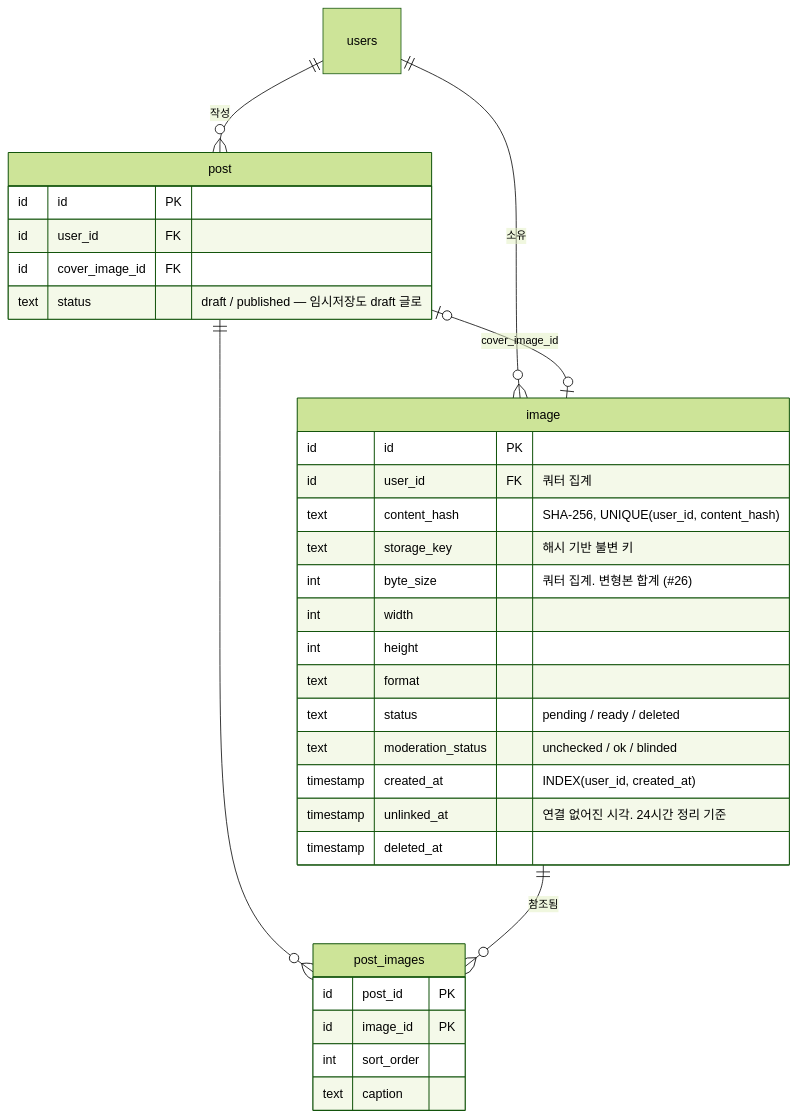
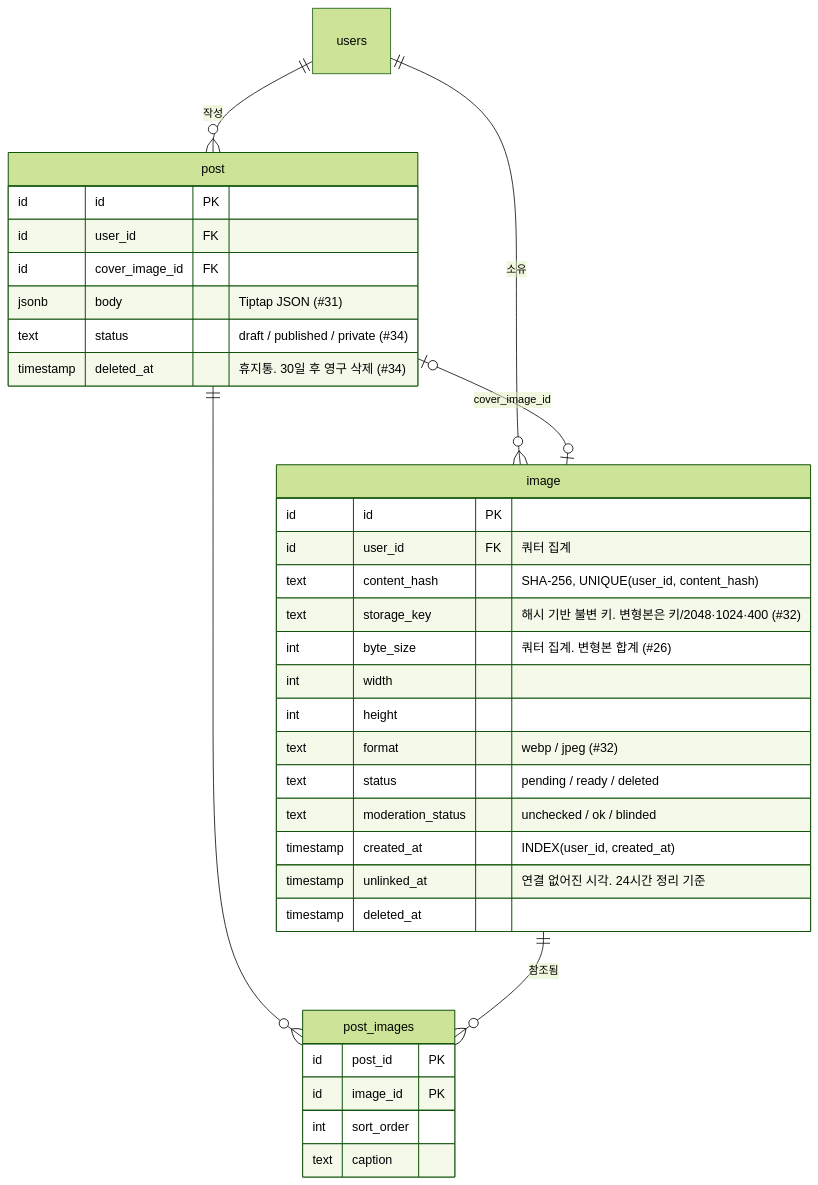
The fifth of 7 diagrams in docs/architecture/아키텍처_v1_2026-09-13.md (evanyun93/G-MOIM), drawn with Mermaid (forest theme) before and after one commit. The commit also changed other lines of this file and 4 other files, not shown here.

First line of the commit message:
docs: 결정 #31~#34 에디터 Tiptap JSON, 이미지 포맷·프리셋·쿼터, 게시 상태

````diff
--- a/docs/architecture/아키텍처_v1_2026-09-13.md
+++ b/docs/architecture/아키텍처_v1_2026-09-13.md
@@ -259,36 +259,38 @@
 ```mermaid
 erDiagram
     users ||--o{ image : "소유"
     users ||--o{ post : "작성"
     post ||--o{ post_images : ""
     image ||--o{ post_images : "참조됨"
     post |o--o| image : "cover_image_id"
 
     image {
         id id PK
         id user_id FK "쿼터 집계"
         text content_hash "SHA-256, UNIQUE(user_id, content_hash)"
-        text storage_key "해시 기반 불변 키"
+        text storage_key "해시 기반 불변 키. 변형본은 키/2048·1024·400 (#32)"
         int byte_size "쿼터 집계. 변형본 합계 (#26)"
         int width
         int height
-        text format
+        text format "webp / jpeg (#32)"
         text status "pending / ready / deleted"
         text moderation_status "unchecked / ok / blinded"
         timestamp created_at "INDEX(user_id, created_at)"
         timestamp unlinked_at "연결 없어진 시각. 24시간 정리 기준"
         timestamp deleted_at
     }
     post_images {
         id post_id PK
         id image_id PK
         int sort_order
         text caption
     }
     post {
         id id PK
         id user_id FK
         id cover_image_id FK
-        text status "draft / published — 임시저장도 draft 글로"
+        jsonb body "Tiptap JSON (#31)"
+        text status "draft / published / private (#34)"
+        timestamp deleted_at "휴지통. 30일 후 영구 삭제 (#34)"
     }
 ```
````
